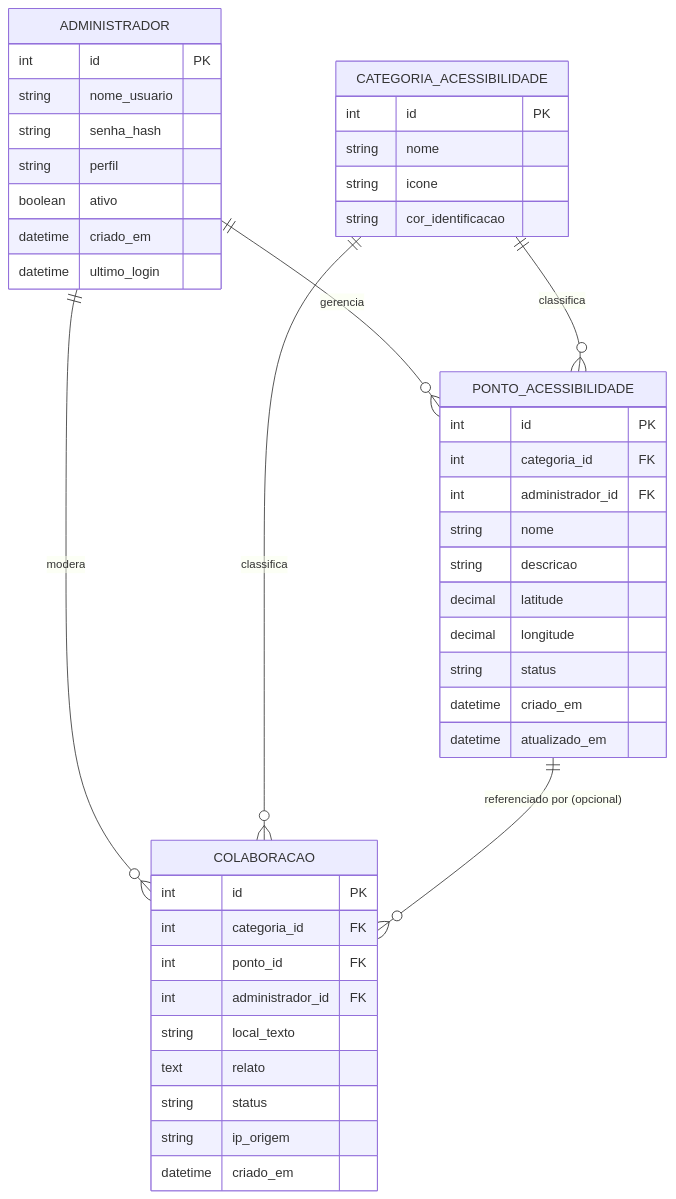
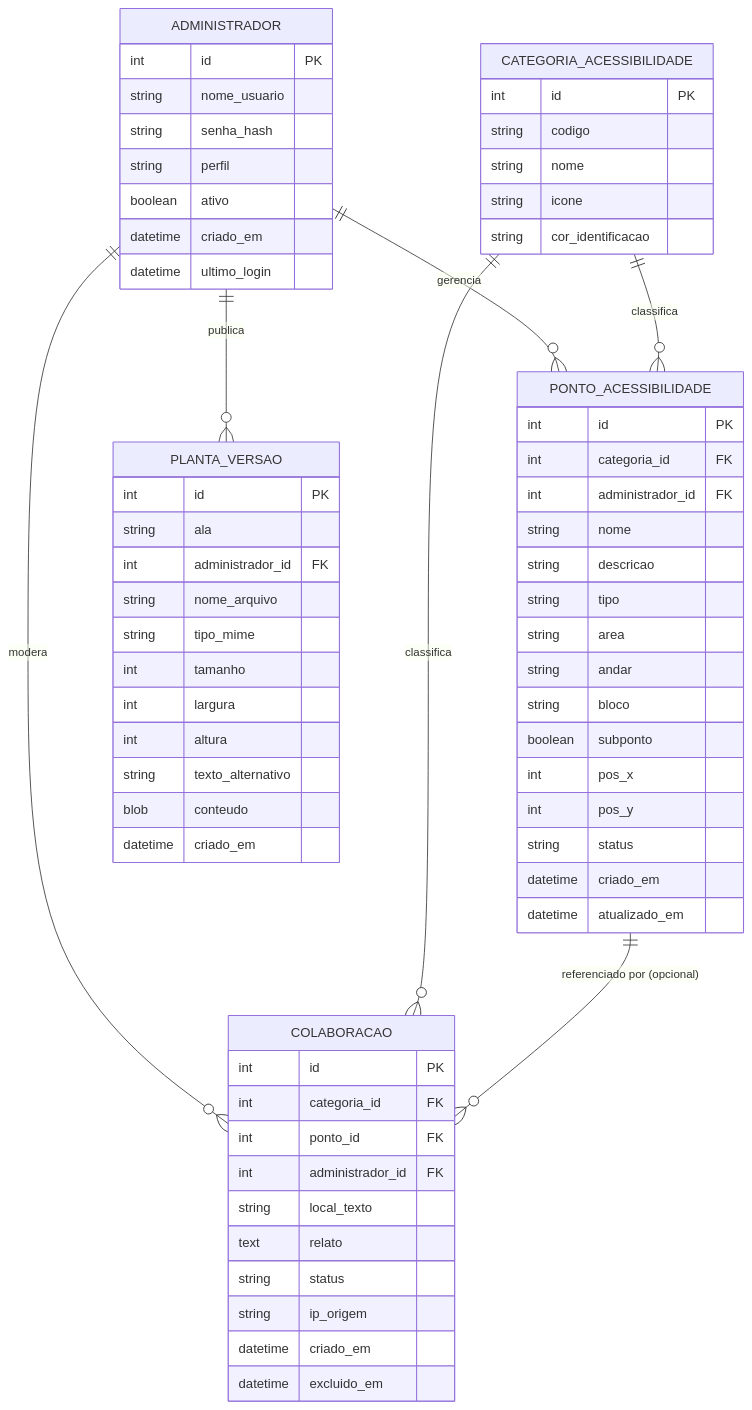
Before and after one commit to m4halic3/accessmap-ifsp: the second of 2 diagrams in README.md, drawn with Mermaid. The commit also changed other lines of this file and 62 other files, not shown here.

````diff
--- a/README.md
+++ b/README.md
@@ -203,50 +279,72 @@
 ```mermaid
 erDiagram
     ADMINISTRADOR ||--o{ PONTO_ACESSIBILIDADE : gerencia
     ADMINISTRADOR ||--o{ COLABORACAO : modera
+    ADMINISTRADOR ||--o{ PLANTA_VERSAO : publica
     CATEGORIA_ACESSIBILIDADE ||--o{ PONTO_ACESSIBILIDADE : classifica
     CATEGORIA_ACESSIBILIDADE ||--o{ COLABORACAO : classifica
     PONTO_ACESSIBILIDADE ||--o{ COLABORACAO : "referenciado por (opcional)"
 
     ADMINISTRADOR {
         int id PK
         string nome_usuario
         string senha_hash
         string perfil
         boolean ativo
         datetime criado_em
         datetime ultimo_login
     }
 
     CATEGORIA_ACESSIBILIDADE {
         int id PK
+        string codigo
         string nome
         string icone
         string cor_identificacao
     }
 
     PONTO_ACESSIBILIDADE {
         int id PK
         int categoria_id FK
         int administrador_id FK
         string nome
         string descricao
-        decimal latitude
-        decimal longitude
+        string tipo
+        string area
+        string andar
+        string bloco
+        boolean subponto
+        int pos_x
+        int pos_y
         string status
         datetime criado_em
         datetime atualizado_em
     }
 
     COLABORACAO {
         int id PK
         int categoria_id FK
         int ponto_id FK
         int administrador_id FK
         string local_texto
         text relato
         string status
         string ip_origem
         datetime criado_em
+        datetime excluido_em
+    }
+
+    PLANTA_VERSAO {
+        int id PK
+        string ala
+        int administrador_id FK
+        string nome_arquivo
+        string tipo_mime
+        int tamanho
+        int largura
+        int altura
+        string texto_alternativo
+        blob conteudo
+        datetime criado_em
     }
 ```
````
